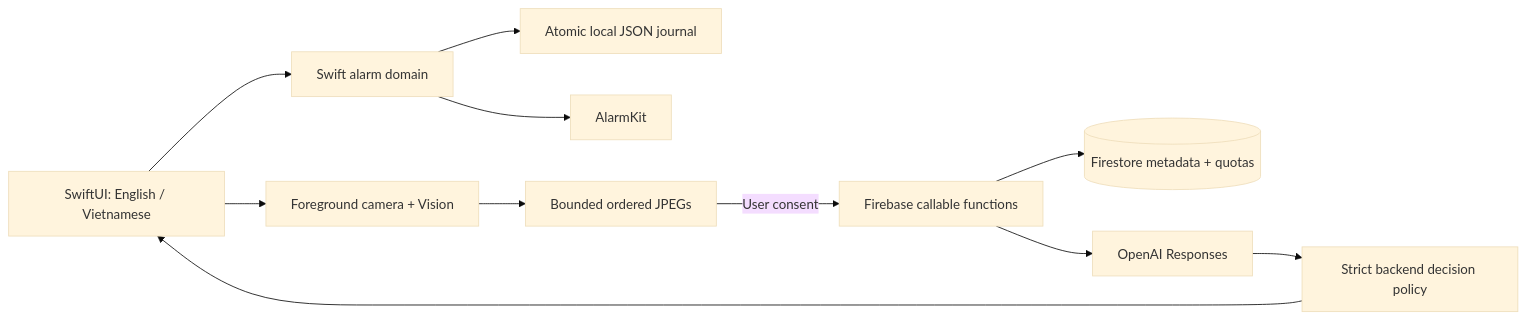
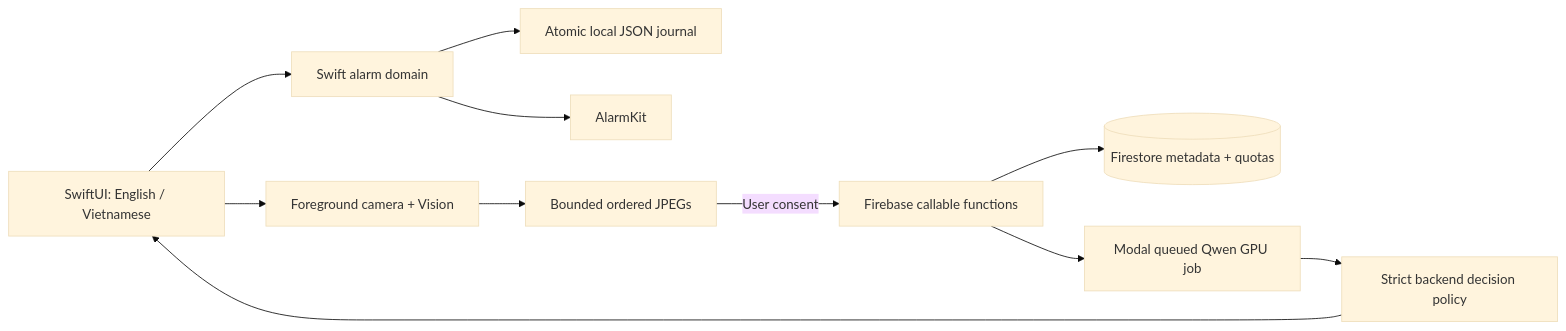
One commit to thanhdanh/HiMorning changed the first of 2 diagrams in docs/ARCHITECTURE.md. Above: the diagram before and after it, drawn with Mermaid (base theme). The commit also changed other lines of this file and 92 other files, not shown here.

````diff
--- a/docs/ARCHITECTURE.md
+++ b/docs/ARCHITECTURE.md
@@ -58,13 +63,13 @@
 ```mermaid
 flowchart LR
   UI[SwiftUI: English / Vietnamese] --> CORE[Swift alarm domain]
   CORE --> JOURNAL[Atomic local JSON journal]
   CORE --> OS[AlarmKit]
   UI --> CAMERA[Foreground camera + Vision]
   CAMERA --> EVIDENCE[Bounded ordered JPEGs]
   EVIDENCE -->|User consent| FN[Firebase callable functions]
   FN --> DB[(Firestore metadata + quotas)]
-  FN --> AI[OpenAI Responses]
+  FN --> AI[Modal queued Qwen GPU job]
   AI --> POLICY[Strict backend decision policy]
   POLICY --> UI
 ```
````
